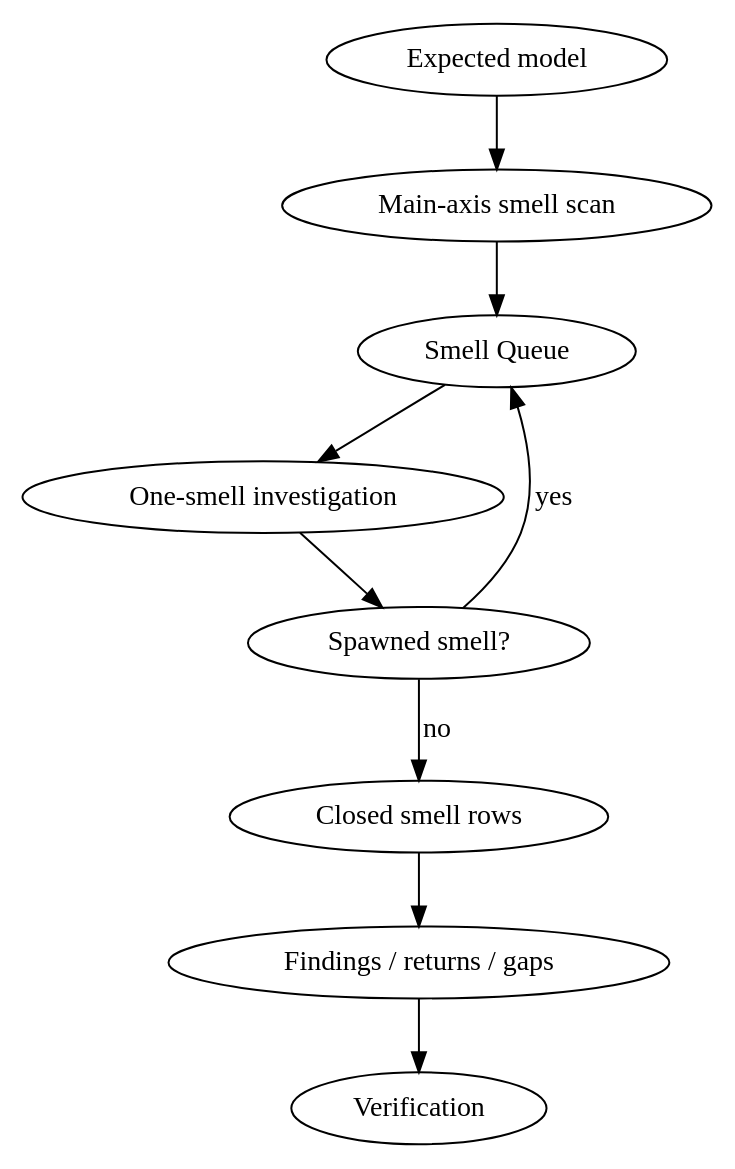
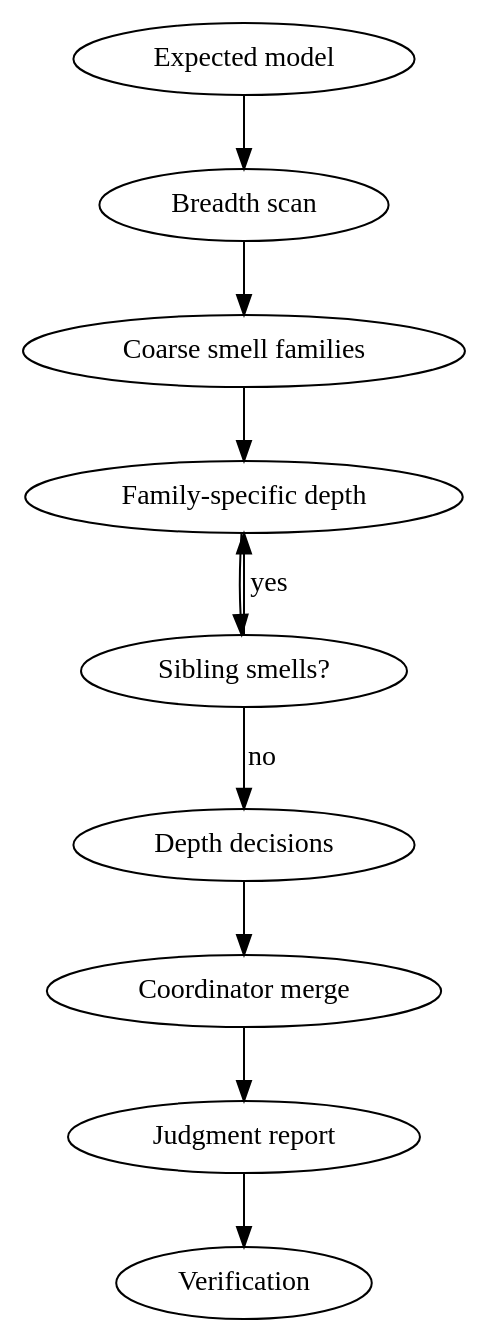
Before and after one commit to jacexh/skill-workshop: the diagram in codex-plugins/ddd-expert/skills/review/SKILL.md, drawn with Graphviz. The commit also changed other lines of this file and 8 other files, not shown here.

First line of the commit message:
Refine ddd review breadth and subagent depth protocol (#124)

````diff
--- a/codex-plugins/ddd-expert/skills/review/SKILL.md
+++ b/codex-plugins/ddd-expert/skills/review/SKILL.md
@@ -23,12 +23,13 @@
 ```dot
 digraph ddd_review {
-  "Expected model" -> "Main-axis smell scan";
-  "Main-axis smell scan" -> "Smell Queue";
-  "Smell Queue" -> "One-smell investigation";
-  "One-smell investigation" -> "Spawned smell?";
-  "Spawned smell?" -> "Smell Queue" [label="yes"];
-  "Spawned smell?" -> "Closed smell rows" [label="no"];
-  "Closed smell rows" -> "Findings / returns / gaps";
-  "Findings / returns / gaps" -> "Verification";
+  "Expected model" -> "Breadth scan";
+  "Breadth scan" -> "Coarse smell families";
+  "Coarse smell families" -> "Family-specific depth";
+  "Family-specific depth" -> "Sibling smells?";
+  "Sibling smells?" -> "Family-specific depth" [label="yes"];
+  "Sibling smells?" -> "Depth decisions" [label="no"];
+  "Depth decisions" -> "Coordinator merge";
+  "Coordinator merge" -> "Judgment report";
+  "Judgment report" -> "Verification";
 }
 ```
````
